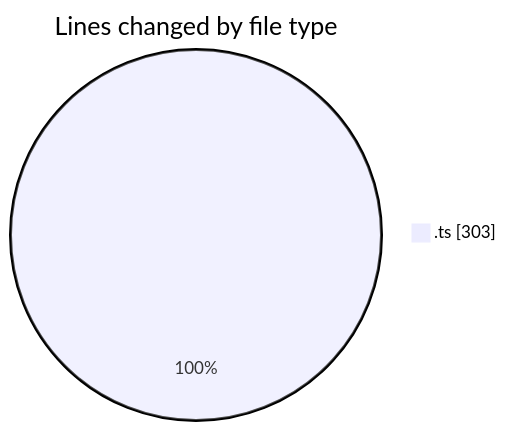
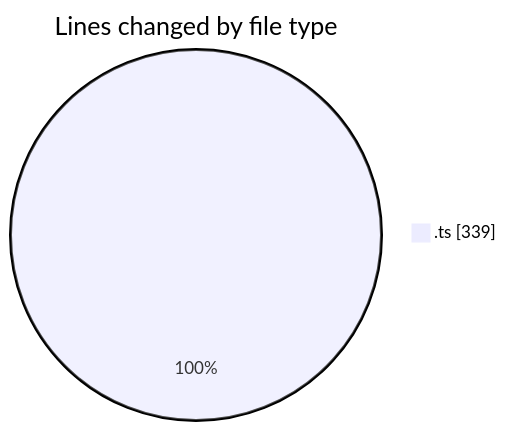
One commit to igalym/code-tracking changed the first of 2 diagrams in 2026-03-31/cinema/README.md. Above: the diagram before and after it, drawn with Mermaid. The commit also changed other lines of this file and 1 other file, not shown here.

````diff
--- a/2026-03-31/cinema/README.md
+++ b/2026-03-31/cinema/README.md
@@ -32,5 +34,5 @@
 ```mermaid
 pie showData
 title Lines changed by file type
-".ts" : 303
+".ts" : 339
 ```
````
